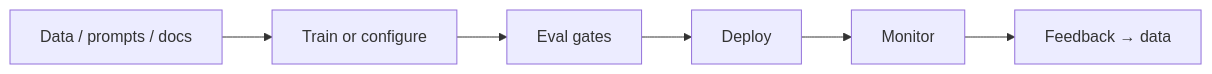
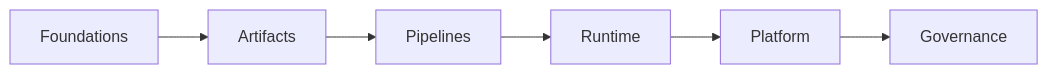
Before and after one commit to abdulsamad183/ai-engineering-playbook: the diagram in domains/mlops-llmops/README.md, drawn with Mermaid. The commit also changed other lines of this file and 541 other files, not shown here.

````diff
--- a/domains/mlops-llmops/README.md
+++ b/domains/mlops-llmops/README.md
@@ -18,8 +23,4 @@
 ```mermaid
 flowchart LR
-  Data[Data / prompts / docs] --> Train[Train or configure]
-  Train --> Eval[Eval gates]
-  Eval --> Deploy[Deploy]
-  Deploy --> Monitor[Monitor]
-  Monitor --> Feedback[Feedback → data]
+  S1[Foundations] --> S2[Artifacts] --> S3[Pipelines] --> S4[Runtime] --> S5[Platform] --> S6[Governance]
 ```
````
